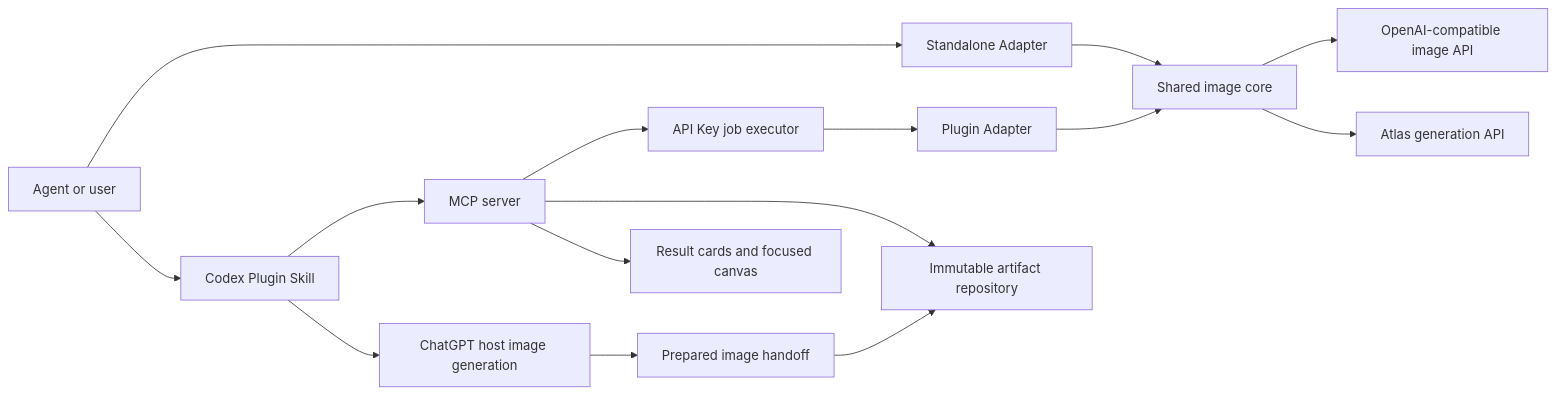
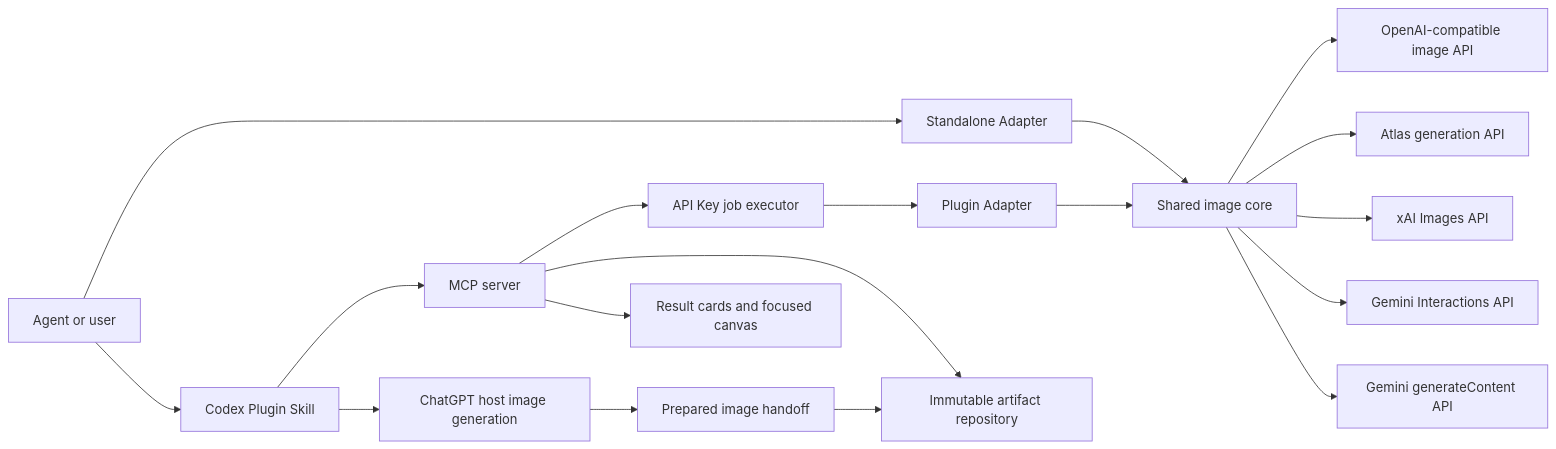
The diagram in docs/arch.md (Syh1906/openai-compatible-imagegen), drawn with Mermaid before and after one commit. The commit also changed other lines of this file and 116 other files, not shown here.

````diff
--- a/docs/arch.md
+++ b/docs/arch.md
@@ -24,17 +24,20 @@
 ```mermaid
 flowchart LR
     Agent[Agent or user] --> Standalone[Standalone Adapter]
     Agent --> Plugin[Codex Plugin Skill]
     Plugin --> MCP[MCP server]
     MCP --> Jobs[API Key job executor]
     Jobs --> Runtime[Plugin Adapter]
     Standalone --> Core[Shared image core]
     Runtime --> Core
     Core --> Provider[OpenAI-compatible image API]
     Core --> Atlas[Atlas generation API]
+    Core --> XAI[xAI Images API]
+    Core --> Interactions[Gemini Interactions API]
+    Core --> Content[Gemini generateContent API]
     Plugin --> Host[ChatGPT host image generation]
     Host --> Handoff[Prepared image handoff]
     Handoff --> Repository
     MCP --> Repository[Immutable artifact repository]
     MCP --> Widget[Result cards and focused canvas]
 ```
````
